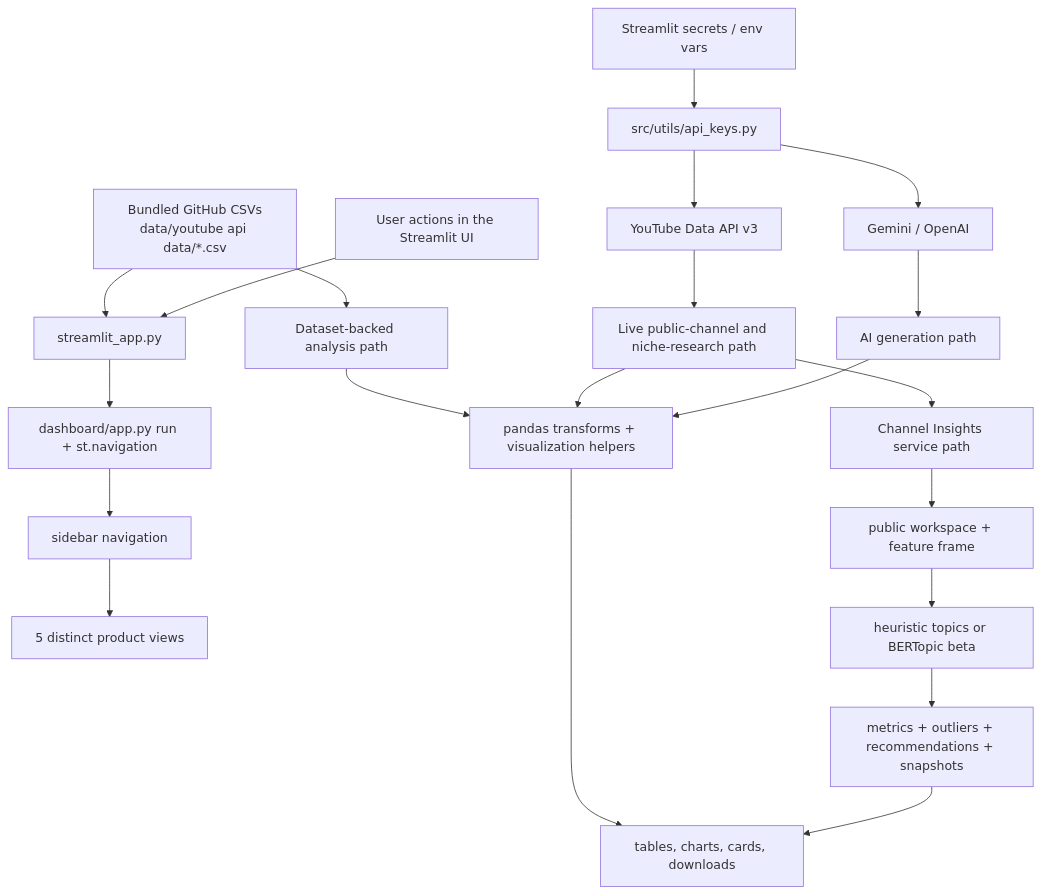
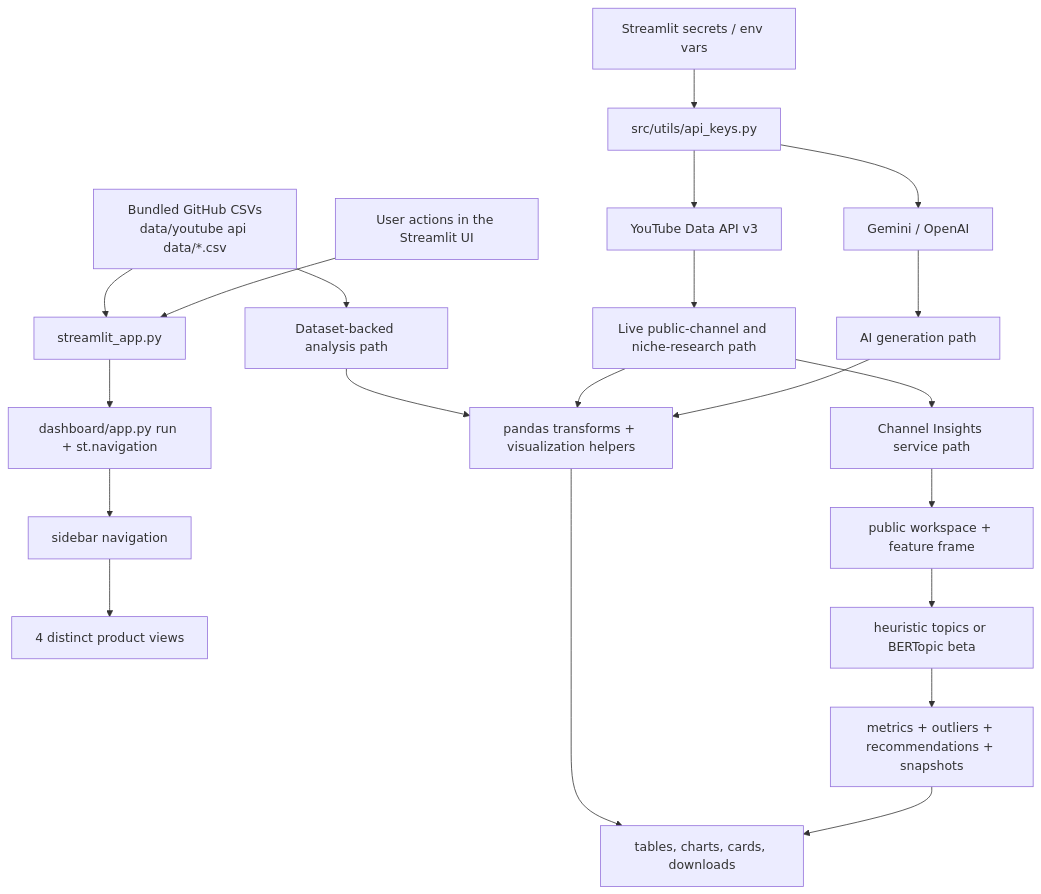
One commit to AsherJ07/purdue-youtube-ip-new changed the third of 6 diagrams in README.md. Above: the diagram before and after it, drawn with Mermaid. The commit also changed other lines of this file and 10 other files, not shown here.

````diff
--- a/README.md
+++ b/README.md
@@ -213,28 +208,28 @@
 ```mermaid
 flowchart TD
     A["Bundled GitHub CSVs<br/>data/youtube api data/*.csv"] --> B["streamlit_app.py"]
     U["User actions in the Streamlit UI"] --> B
     B --> C["dashboard/app.py run + st.navigation"]
     C --> D["sidebar navigation"]
-    D --> E["5 distinct product views"]
+    D --> E["4 distinct product views"]
 
     S["Streamlit secrets / env vars"] --> F["src/utils/api_keys.py"]
     F --> G["YouTube Data API v3"]
     F --> H["Gemini / OpenAI"]
 
     A --> I["Dataset-backed analysis path"]
     G --> J["Live public-channel and niche-research path"]
     H --> K["AI generation path"]
 
     I --> L["pandas transforms + visualization helpers"]
     J --> L
     K --> L
 
     J --> M["Channel Insights service path"]
     M --> M1["public workspace + feature frame"]
     M1 --> M2["heuristic topics or BERTopic beta"]
     M2 --> M3["metrics + outliers + recommendations + snapshots"]
 
     L --> N["tables, charts, cards, downloads"]
     M3 --> N
 ```
````
